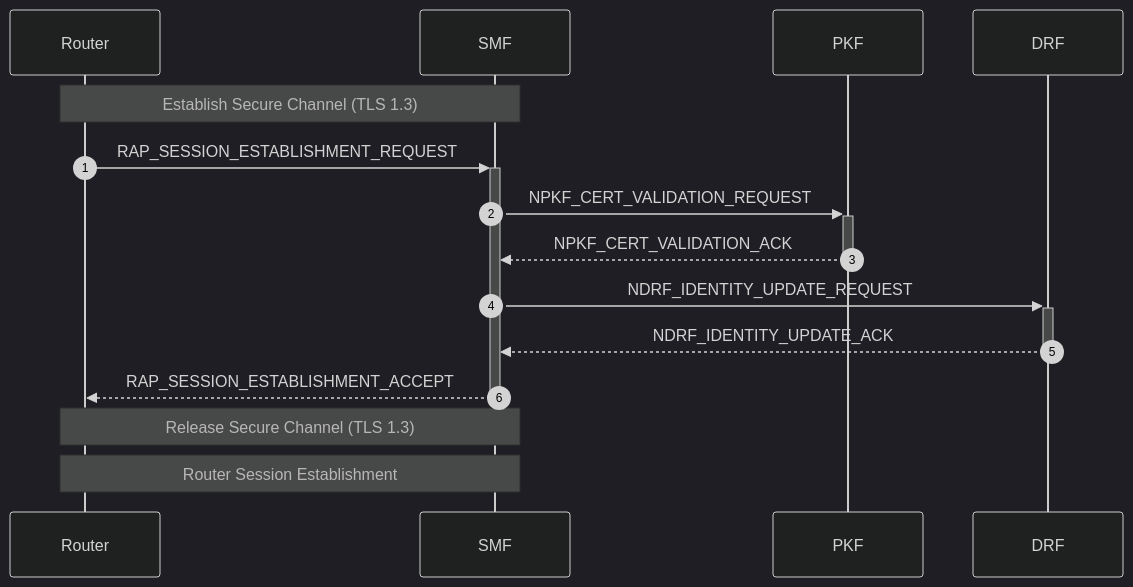
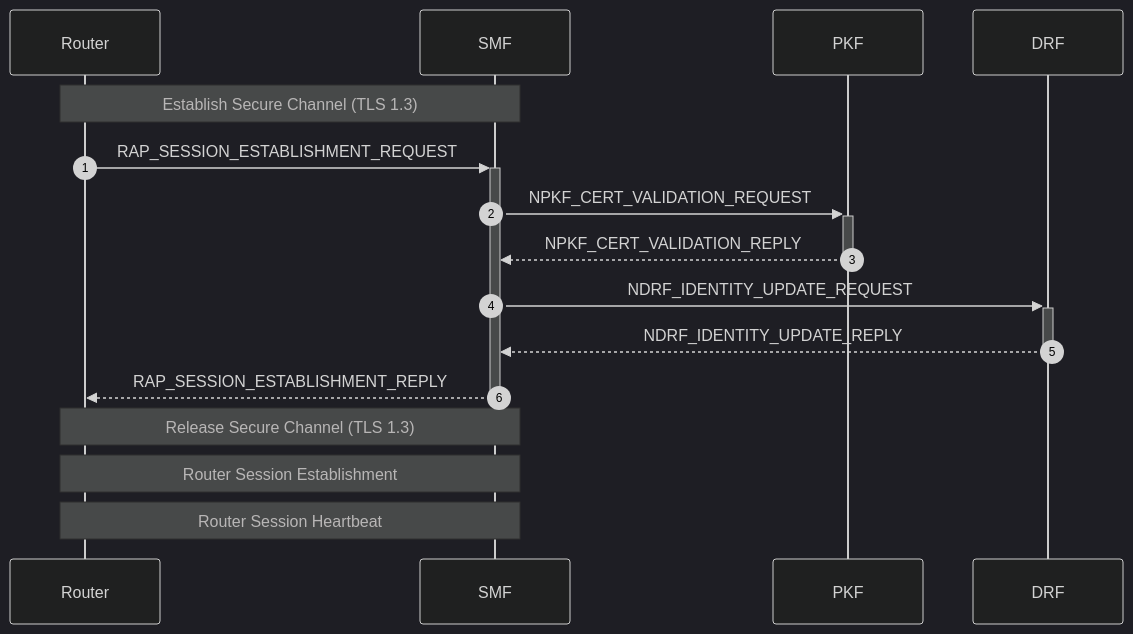
Before and after one commit to veil-link/veilink: the ninth of 21 diagrams in doc/doc-spec/00-series-general/00.002-procedure.md, drawn with Mermaid (dark theme). The commit also changed other lines of this file and 1 other file, not shown here.

````diff
--- a/doc/doc-spec/00-series-general/00.002-procedure.md
+++ b/doc/doc-spec/00-series-general/00.002-procedure.md
@@ -201,19 +203,20 @@
 ```mermaid
 sequenceDiagram
     autonumber
 
     participant rt as Router
     participant smf as SMF
     participant pkf as PKF
     participant drf as DRF
 
     Note over rt, smf: Establish Secure Channel (TLS 1.3)
     rt ->>+ smf: RAP_SESSION_ESTABLISHMENT_REQUEST
     smf ->>+ pkf: NPKF_CERT_VALIDATION_REQUEST
-    pkf -->>- smf: NPKF_CERT_VALIDATION_ACK
+    pkf -->>- smf: NPKF_CERT_VALIDATION_REPLY
     smf ->>+ drf: NDRF_IDENTITY_UPDATE_REQUEST
-    drf -->>- smf: NDRF_IDENTITY_UPDATE_ACK
-    smf -->>- rt: RAP_SESSION_ESTABLISHMENT_ACCEPT
+    drf -->>- smf: NDRF_IDENTITY_UPDATE_REPLY
+    smf -->>- rt: RAP_SESSION_ESTABLISHMENT_REPLY
     Note over rt, smf: Release Secure Channel (TLS 1.3)
     Note over rt, smf: Router Session Establishment
+    Note over rt, smf: Router Session Heartbeat
 ```
````
